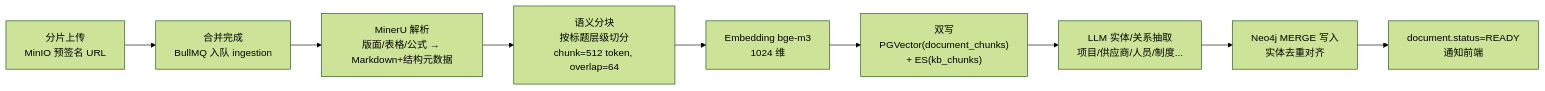
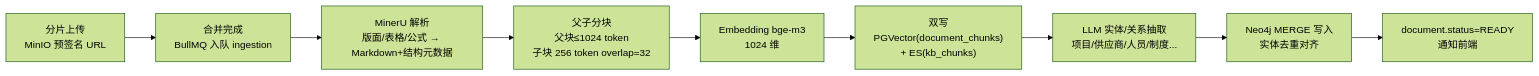
The third of 3 diagrams in docs/02-architecture.md (Fa-haxiki/enterprise-knowlege-hub), drawn with Mermaid (forest theme) before and after one commit. The commit also changed 20 other files, not shown here.

````diff
--- a/docs/02-architecture.md
+++ b/docs/02-architecture.md
@@ -106,11 +106,11 @@
 ```mermaid
 flowchart LR
     Upload["分片上传<br/>MinIO 预签名 URL"] --> Enqueue["合并完成<br/>BullMQ 入队 ingestion"]
     Enqueue --> MinerUJob["MinerU 解析<br/>版面/表格/公式 → Markdown+结构元数据"]
-    MinerUJob --> Chunk["语义分块<br/>按标题层级切分<br/>chunk=512 token, overlap=64"]
+    MinerUJob --> Chunk["父子分块<br/>父块≤1024 token<br/>子块 256 token overlap=32"]
     Chunk --> EmbedW["Embedding bge-m3<br/>1024 维"]
     EmbedW --> DoubleWrite["双写<br/>PGVector(document_chunks)<br/>+ ES(kb_chunks)"]
     DoubleWrite --> EntityExt["LLM 实体/关系抽取<br/>项目/供应商/人员/制度..."]
     EntityExt --> Neo4jW["Neo4j MERGE 写入<br/>实体去重对齐"]
     Neo4jW --> Done["document.status=READY<br/>通知前端"]
 ```
````
